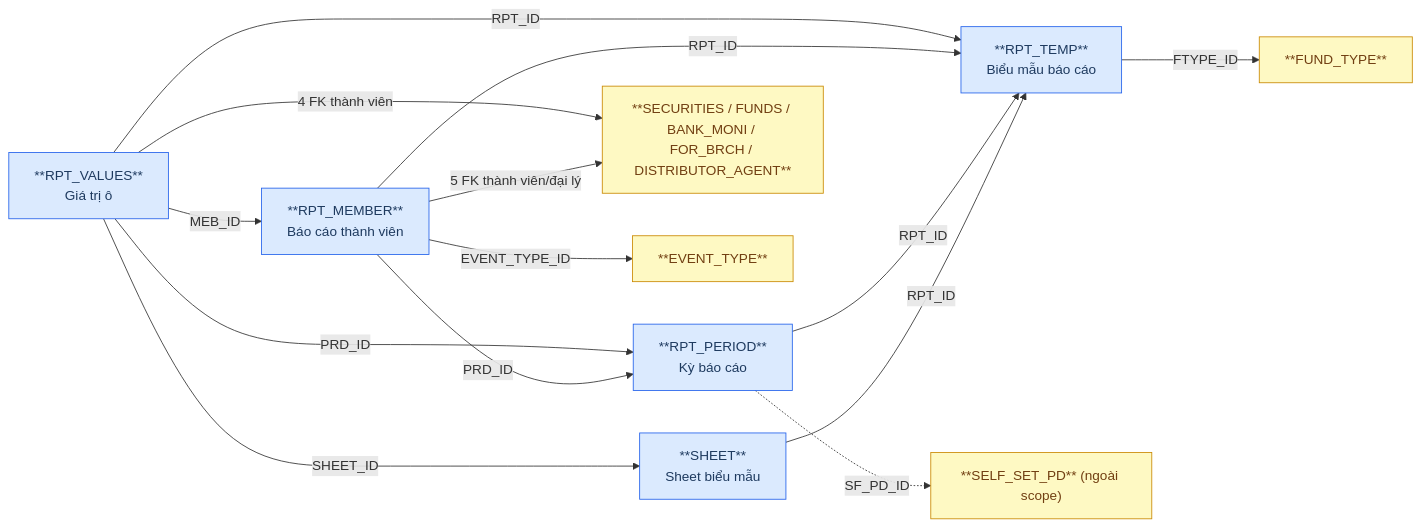
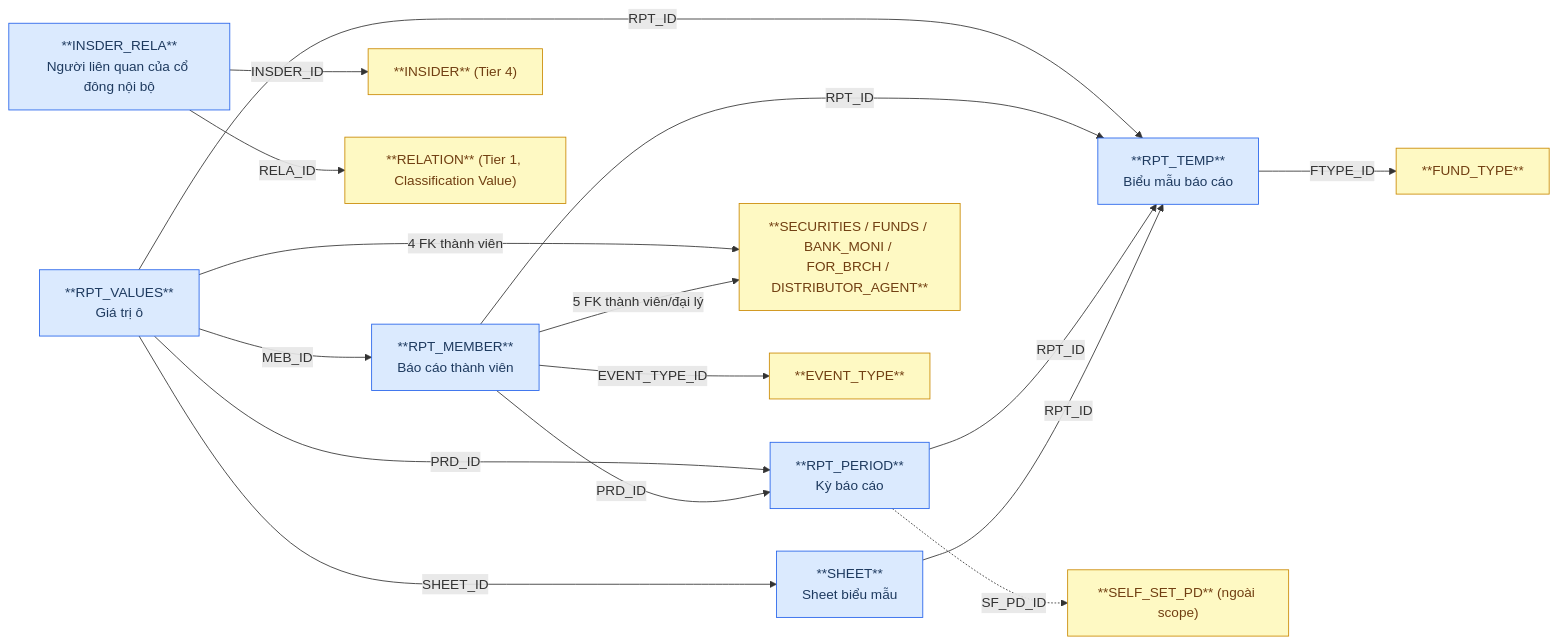
One commit to linhlvit/ubck_atomic_design changed the first of 2 diagrams in DataModel/working/Atomic/hld/FMS_HLD_Tier6.md. Above: the diagram before and after it, drawn with Mermaid. The commit also changed other lines of this file and 105 other files, not shown here.

````diff
--- a/DataModel/working/Atomic/hld/FMS_HLD_Tier6.md
+++ b/DataModel/working/Atomic/hld/FMS_HLD_Tier6.md
@@ -31,30 +34,36 @@
 ```mermaid
 graph LR
     classDef src fill:#dbeafe,stroke:#2563eb,color:#1e3a5f
     classDef outscope fill:#fef9c3,stroke:#ca8a04,color:#713f12
 
     RPT_TEMP["**RPT_TEMP**\nBiểu mẫu báo cáo"]:::src
     SHEET["**SHEET**\nSheet biểu mẫu"]:::src
     RPT_PERIOD["**RPT_PERIOD**\nKỳ báo cáo"]:::src
     RPT_MEMBER["**RPT_MEMBER**\nBáo cáo thành viên"]:::src
     RPT_VALUES["**RPT_VALUES**\nGiá trị ô"]:::src
 
     FUND_TYPE["**FUND_TYPE**"]:::outscope
     SELF_SET_PD["**SELF_SET_PD** (ngoài scope)"]:::outscope
     MEMBERS["**SECURITIES / FUNDS / BANK_MONI / FOR_BRCH / DISTRIBUTOR_AGENT**"]:::outscope
     EVENT_TYPE["**EVENT_TYPE**"]:::outscope
 
     RPT_TEMP -->|"FTYPE_ID"| FUND_TYPE
     SHEET -->|"RPT_ID"| RPT_TEMP
     RPT_PERIOD -->|"RPT_ID"| RPT_TEMP
     RPT_PERIOD -.->|"SF_PD_ID"| SELF_SET_PD
     RPT_MEMBER -->|"PRD_ID"| RPT_PERIOD
     RPT_MEMBER -->|"RPT_ID"| RPT_TEMP
     RPT_MEMBER -->|"5 FK thành viên/đại lý"| MEMBERS
     RPT_MEMBER -->|"EVENT_TYPE_ID"| EVENT_TYPE
     RPT_VALUES -->|"MEB_ID"| RPT_MEMBER
     RPT_VALUES -->|"SHEET_ID"| SHEET
     RPT_VALUES -->|"RPT_ID"| RPT_TEMP
     RPT_VALUES -->|"PRD_ID"| RPT_PERIOD
     RPT_VALUES -->|"4 FK thành viên"| MEMBERS
+
+    INSDER_RELA["**INSDER_RELA**\nNgười liên quan của cổ đông nội bộ"]:::src
+    INSIDER["**INSIDER** (Tier 4)"]:::outscope
+    RELATION["**RELATION** (Tier 1, Classification Value)"]:::outscope
+    INSDER_RELA -->|"INSDER_ID"| INSIDER
+    INSDER_RELA -->|"RELA_ID"| RELATION
 ```
````
